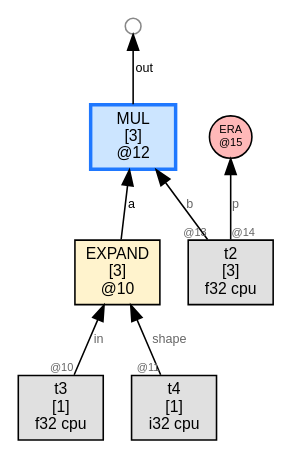
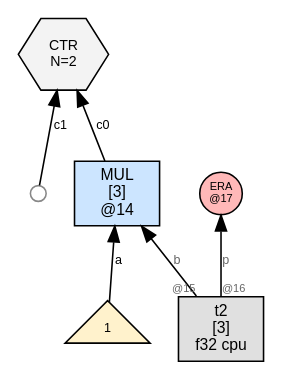
One commit to sw1sh/TinyHVM changed the diagram in wl/examples/thvm_graphs/grad_rules/mul/thvm_1_post_reduce.dot. Above: the diagram before and after it, drawn with Graphviz. The commit also changed 184 other files, not shown here.

First line of the commit message:
grad: NUM(1) seed; CTR consumer; STOP_AFTER_SWEEP; keep ADD intermediate

```diff
--- a/wl/examples/thvm_graphs/grad_rules/mul/thvm_1_post_reduce.dot
+++ b/wl/examples/thvm_graphs/grad_rules/mul/thvm_1_post_reduce.dot
@@ -1,19 +1,17 @@
 digraph G {
   rankdir=BT;
   node [fontname="Helvetica", fontsize=10, style=filled, shape=box, margin="0.1,0.05"];
   edge [fontsize=8, fontname="Helvetica"];
 
-  n12 [label="MUL\n[3]\n@12", shape=box, fillcolor="#cce5ff",color="#1f78ff",penwidth=2.2];
-  n10 -> n12 [label="a"];
+  n14 [label="MUL\n[3]\n@14", shape=box, fillcolor="#cce5ff"];
+  num14_0 [label="1",shape=triangle,fillcolor="#fff2cc",fontsize=8];
+  num14_0 -> n14 [label="a"];
   t2 [label="t2\n[3]\nf32 cpu",shape=box,fillcolor="#e0e0e0"];
-  t2 -> n12 [label="b",taillabel="@13",labelfontsize=7,fontcolor="#666666"];
-  free12_1000 [label="",shape=circle,width=0.14,height=0.14,fixedsize=true,fillcolor="#ffffff",color="#888888",fontsize=1];
-  n12 -> free12_1000 [label="out"];
-  n10 [label="EXPAND\n[3]\n@10", shape=box, fillcolor="#fff3cd"];
-  t3 [label="t3\n[1]\nf32 cpu",shape=box,fillcolor="#e0e0e0"];
-  t3 -> n10 [label="in",taillabel="@10",labelfontsize=7,fontcolor="#666666"];
-  t4 [label="t4\n[1]\ni32 cpu",shape=box,fillcolor="#e0e0e0"];
-  t4 -> n10 [label="shape",taillabel="@11",labelfontsize=7,fontcolor="#666666"];
-  era15 [label="ERA\n@15",shape=circle,width=0.38,height=0.38,fixedsize=true,fillcolor="#ffb8b8",fontsize=7];
-  t2 -> era15 [label="p",taillabel="@14",labelfontsize=7,fontcolor="#666666"];
+  t2 -> n14 [label="b",taillabel="@15",labelfontsize=7,fontcolor="#666666"];
+  ctr7 [label="CTR\nN=2", shape=hexagon, fillcolor="#f3f3f3", fontsize=9];
+  n14 -> ctr7 [label="c0"];
+  free7_1 [label="",shape=circle,width=0.14,height=0.14,fixedsize=true,fillcolor="#ffffff",color="#888888",fontsize=1];
+  free7_1 -> ctr7 [label="c1"];
+  era17 [label="ERA\n@17",shape=circle,width=0.38,height=0.38,fixedsize=true,fillcolor="#ffb8b8",fontsize=7];
+  t2 -> era17 [label="p",taillabel="@16",labelfontsize=7,fontcolor="#666666"];
 }
```
